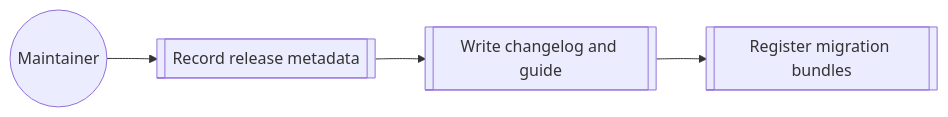
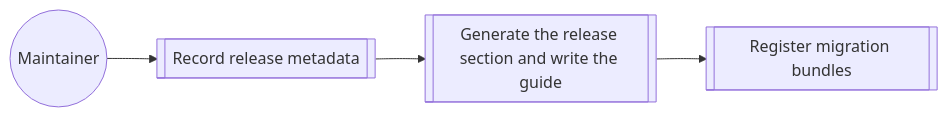
Before and after one commit to buster/givn: the diagram in givn/specs/publish-a-release/usecase.md, drawn with Mermaid. The commit also changed other lines of this file and 11 other files, not shown here.

````diff
--- a/givn/specs/publish-a-release/usecase.md
+++ b/givn/specs/publish-a-release/usecase.md
@@ -79,6 +86,6 @@
 ```mermaid
 flowchart LR
   Maintainer((Maintainer)) --> Metadata[[Record release metadata]]
-  Metadata --> Changelog[[Write changelog and guide]]
+  Metadata --> Changelog[[Generate the release section and write the guide]]
   Changelog --> Catalog[[Register migration bundles]]
 ```
````
